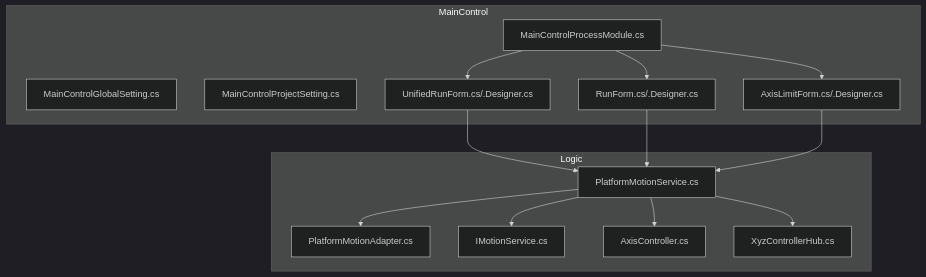
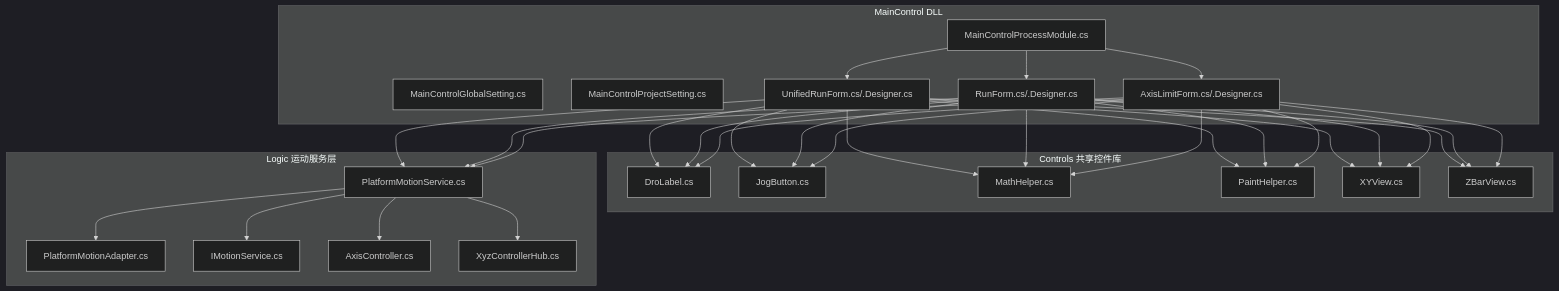
Before and after one commit to fuweiq94-cloud/339918076: the first of 3 diagrams in .qoder/repowiki/zh/content/核心功能模块/主控制模块 (MainControl).md, drawn with Mermaid (dark theme). The commit also changed other lines of this file and 203 other files, not shown here.

````diff
--- a/.qoder/repowiki/zh/content/核心功能模块/主控制模块 (MainControl).md
+++ b/.qoder/repowiki/zh/content/核心功能模块/主控制模块 (MainControl).md
@@ -53,28 +70,54 @@
 ```mermaid
 graph TB
-subgraph "MainControl"
+subgraph "MainControl DLL"
 A["MainControlProcessModule.cs"]
 B["MainControlGlobalSetting.cs"]
 C["MainControlProjectSetting.cs"]
 D["UnifiedRunForm.cs/.Designer.cs"]
 E["RunForm.cs/.Designer.cs"]
 F["AxisLimitForm.cs/.Designer.cs"]
 end
-subgraph "Logic"
-G["PlatformMotionService.cs"]
-H["PlatformMotionAdapter.cs"]
-I["IMotionService.cs"]
-J["AxisController.cs"]
-K["XyzControllerHub.cs"]
+subgraph "Controls 共享控件库"
+G["DroLabel.cs"]
+H["JogButton.cs"]
+I["MathHelper.cs"]
+J["PaintHelper.cs"]
+K["XYView.cs"]
+L["ZBarView.cs"]
+end
+subgraph "Logic 运动服务层"
+M["PlatformMotionService.cs"]
+N["PlatformMotionAdapter.cs"]
+O["IMotionService.cs"]
+P["AxisController.cs"]
+Q["XyzControllerHub.cs"]
 end
 A --> D
 A --> E
 A --> F
 D --> G
+D --> H
+D --> I
+D --> J
+D --> K
+D --> L
 E --> G
+E --> H
+E --> I
+E --> J
+E --> K
+E --> L
 F --> G
-G --> H
-G --> I
-G --> J
-G --> K
+F --> H
+F --> I
+F --> J
+F --> K
+F --> L
+D --> M
+E --> M
+F --> M
+M --> N
+M --> O
+M --> P
+M --> Q
 ```
````
